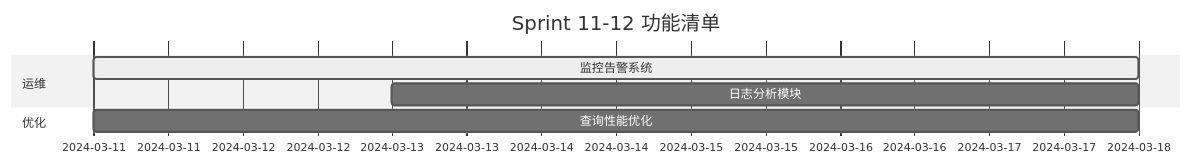
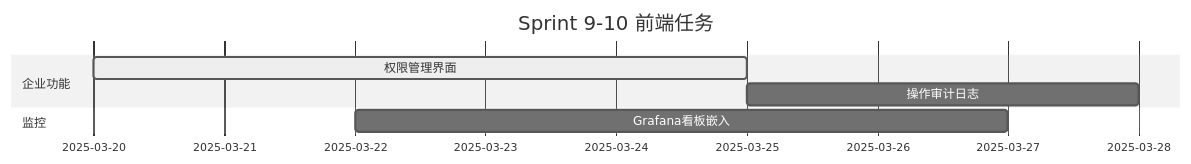
One commit to Hanekawa-00/Obsidian_Note changed the tenth of 11 diagrams in MyProject/intelligent-bi-platform-microServices/My-plan.md. Above: the diagram before and after it, drawn with Mermaid (neutral theme). The commit also changed other lines of this file, not shown here.

````diff
--- a/MyProject/intelligent-bi-platform-microServices/My-plan.md
+++ b/MyProject/intelligent-bi-platform-microServices/My-plan.md
@@ -80,9 +260,9 @@
 ```mermaid
 gantt
-    title Sprint 11-12 功能清单
-    section 运维
-    监控告警系统        :active, 2024-03-11, 7d
-    日志分析模块        :2024-03-13, 5d
-    section 优化
-    查询性能优化        :2024-03-11, 7d
+    title Sprint 9-10 前端任务
+    section 企业功能
+    权限管理界面 :active, a1, 2025-03-20, 5d
+    操作审计日志 :a2, after a1, 3d
+    section 监控
+    Grafana看板嵌入 :a3, 2025-03-22, 5d
 ```
````
